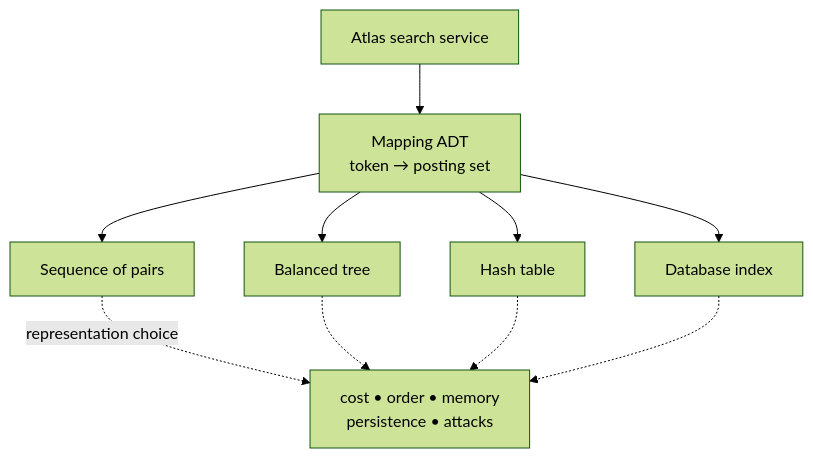
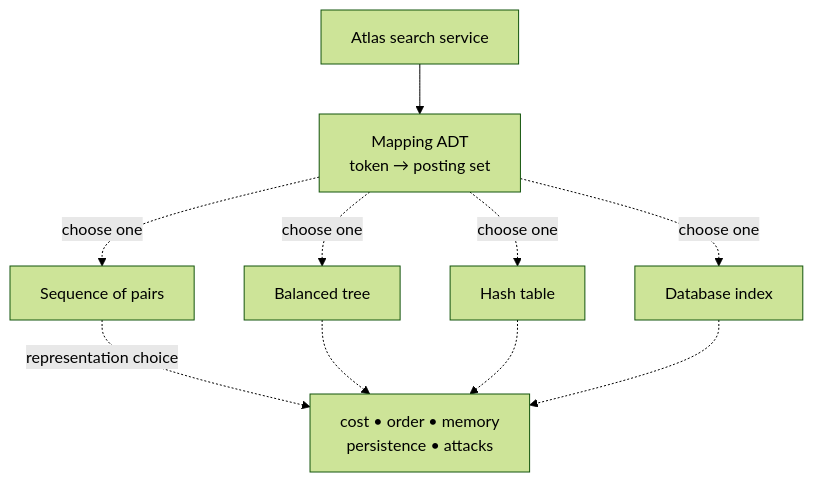
The second of 9 diagrams in content/modules/08_hashing_dictionaries_sets_indexing.md (michaeliu3/atlas-academy-python-cs), drawn with Mermaid (forest theme) before and after one commit. The commit also changed other lines of this file and 8 other files, not shown here.

````diff
--- a/content/modules/08_hashing_dictionaries_sets_indexing.md
+++ b/content/modules/08_hashing_dictionaries_sets_indexing.md
@@ -192,12 +196,15 @@
 ```mermaid
+%% atlas-diagram-id: m08-mapping-adt-representations
+%% atlas-diagram-title: One mapping contract supports several representations and trade-offs
+%% atlas-diagram-alt: Atlas search requests a mapping from canonical token to posting set. That contract can use a sequence of pairs, balanced tree, hash table, or database index, with different cost, order, memory, persistence, and attack-resistance trade-offs.
 flowchart TD
     CLIENT["Atlas search service"] --> MAP["Mapping ADT<br/>token → posting set"]
-    MAP --> R1["Sequence of pairs"]
-    MAP --> R2["Balanced tree"]
-    MAP --> R3["Hash table"]
-    MAP --> R4["Database index"]
+    MAP -. "choose one" .-> R1["Sequence of pairs"]
+    MAP -. "choose one" .-> R2["Balanced tree"]
+    MAP -. "choose one" .-> R3["Hash table"]
+    MAP -. "choose one" .-> R4["Database index"]
     R1 -. "representation choice" .-> TRADE["cost • order • memory<br/>persistence • attacks"]
     R2 -.-> TRADE
     R3 -.-> TRADE
     R4 -.-> TRADE
 ```
````
